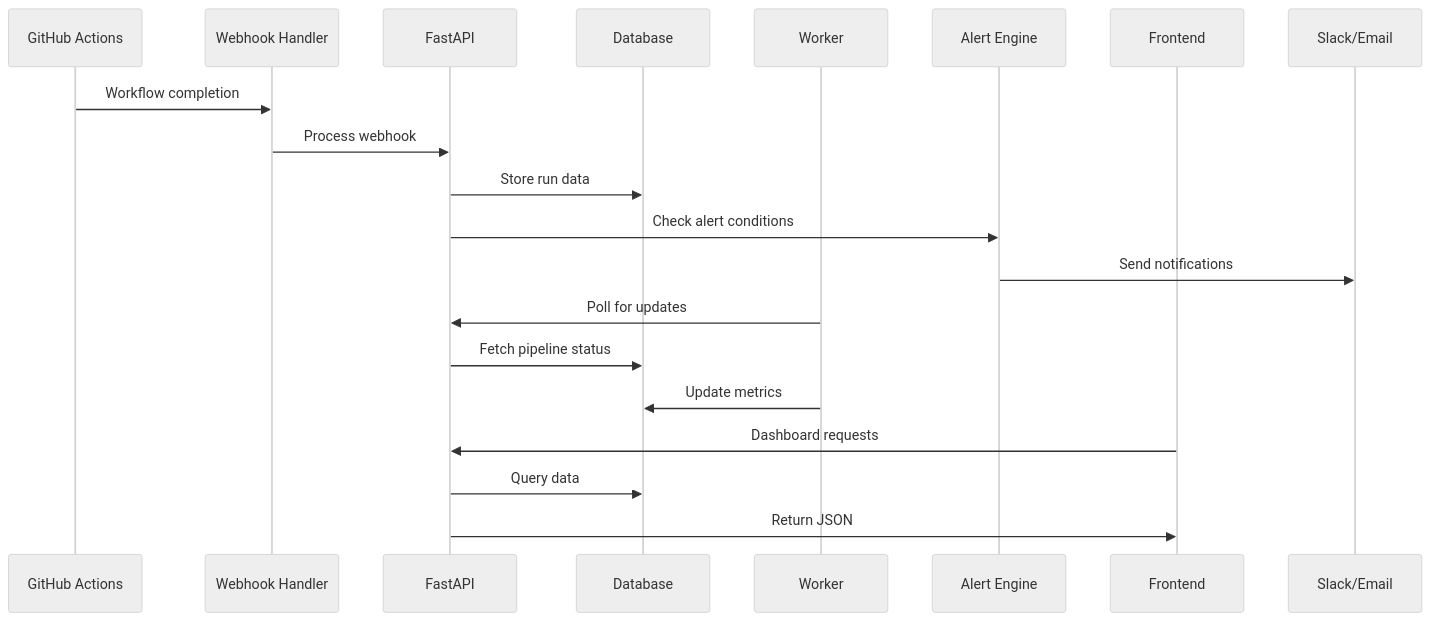
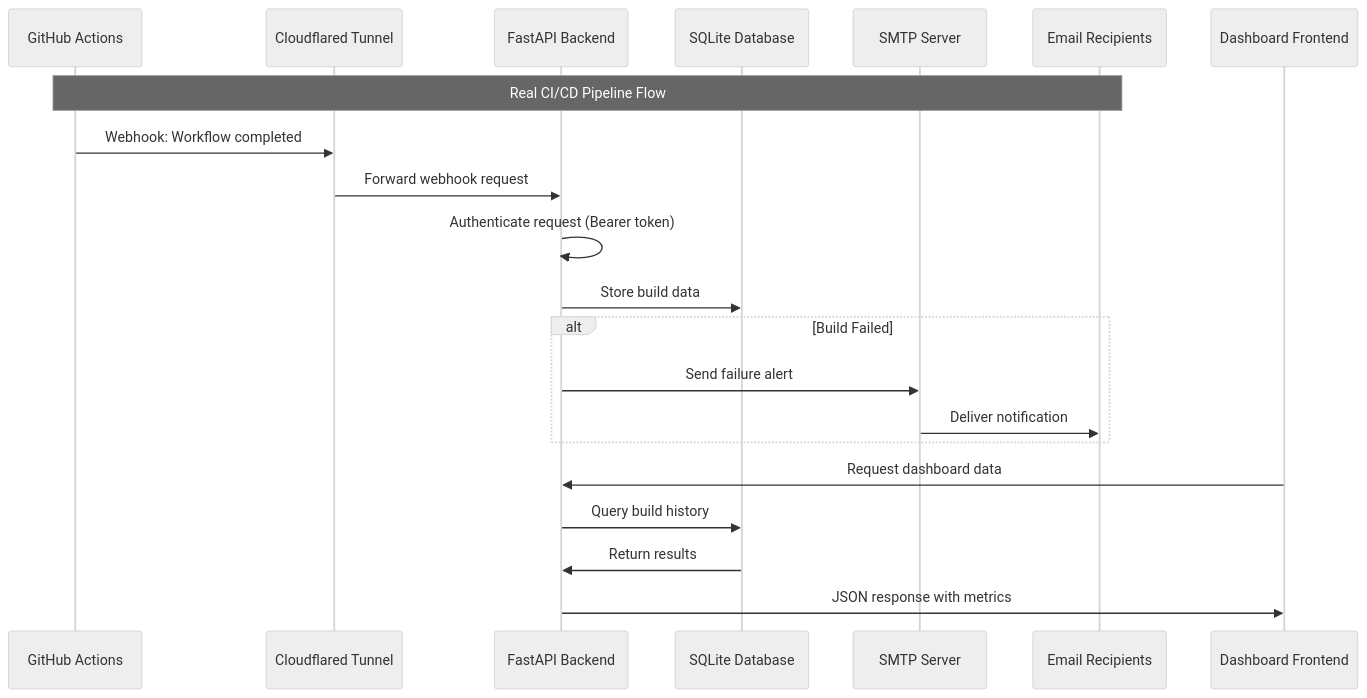
Before and after one commit to nandhu-devops/cicd-pipeline-dashboard: the first of 2 diagrams in docs/tech_design_document.md, drawn with Mermaid (neutral theme). The commit also changed other lines of this file and 1 other file, not shown here.

````diff
--- a/docs/tech_design_document.md
+++ b/docs/tech_design_document.md
@@ -15,25 +15,26 @@
 ```mermaid
 sequenceDiagram
     participant GH as GitHub Actions
-    participant WH as Webhook Handler
-    participant API as FastAPI
-    participant DB as Database
-    participant W as Worker
-    participant AE as Alert Engine
-    participant F as Frontend
-    participant S as Slack/Email
+    participant CF as Cloudflared Tunnel
+    participant API as FastAPI Backend
+    participant DB as SQLite Database
+    participant SMTP as SMTP Server
+    participant EMAIL as Email Recipients
+    participant DASH as Dashboard Frontend
 
-    GH->>WH: Workflow completion
-    WH->>API: Process webhook
-    API->>DB: Store run data
-    API->>AE: Check alert conditions
-    AE->>S: Send notifications
+    Note over GH,EMAIL: Real CI/CD Pipeline Flow
+    GH->>CF: Webhook: Workflow completed
+    CF->>API: Forward webhook request
+    API->>API: Authenticate request (Bearer token)
+    API->>DB: Store build data
     
-    W->>API: Poll for updates
-    API->>DB: Fetch pipeline status
-    W->>DB: Update metrics
+    alt Build Failed
+        API->>SMTP: Send failure alert
+        SMTP->>EMAIL: Deliver notification
+    end
     
-    F->>API: Dashboard requests
-    API->>DB: Query data
-    API->>F: Return JSON
+    DASH->>API: Request dashboard data
+    API->>DB: Query build history
+    DB->>API: Return results
+    API->>DASH: JSON response with metrics
 ```
````
